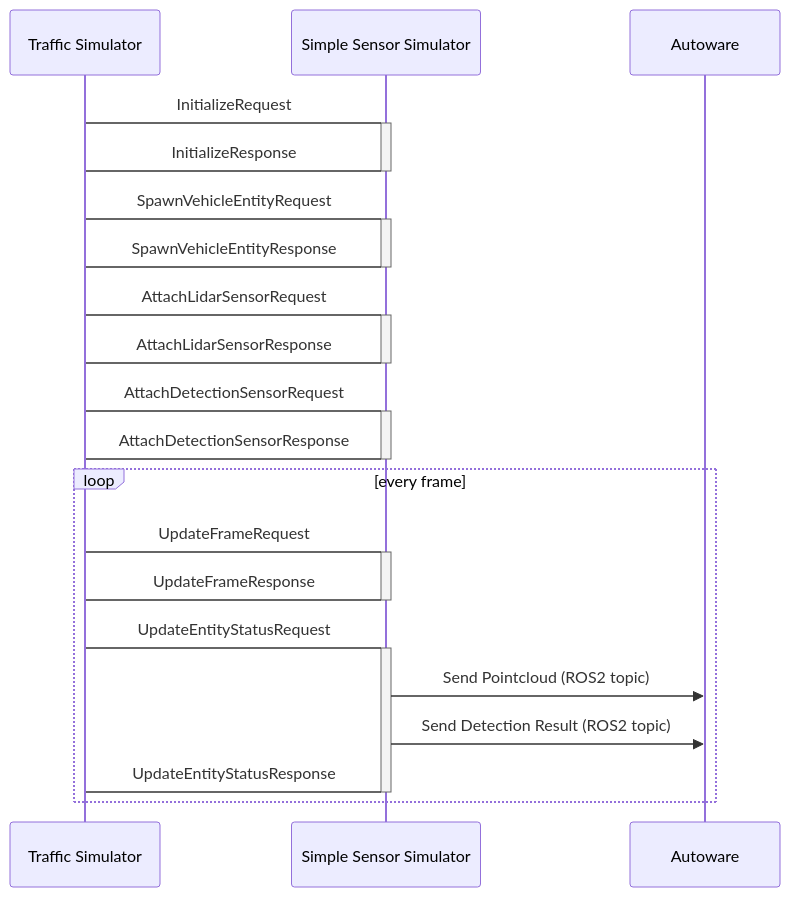
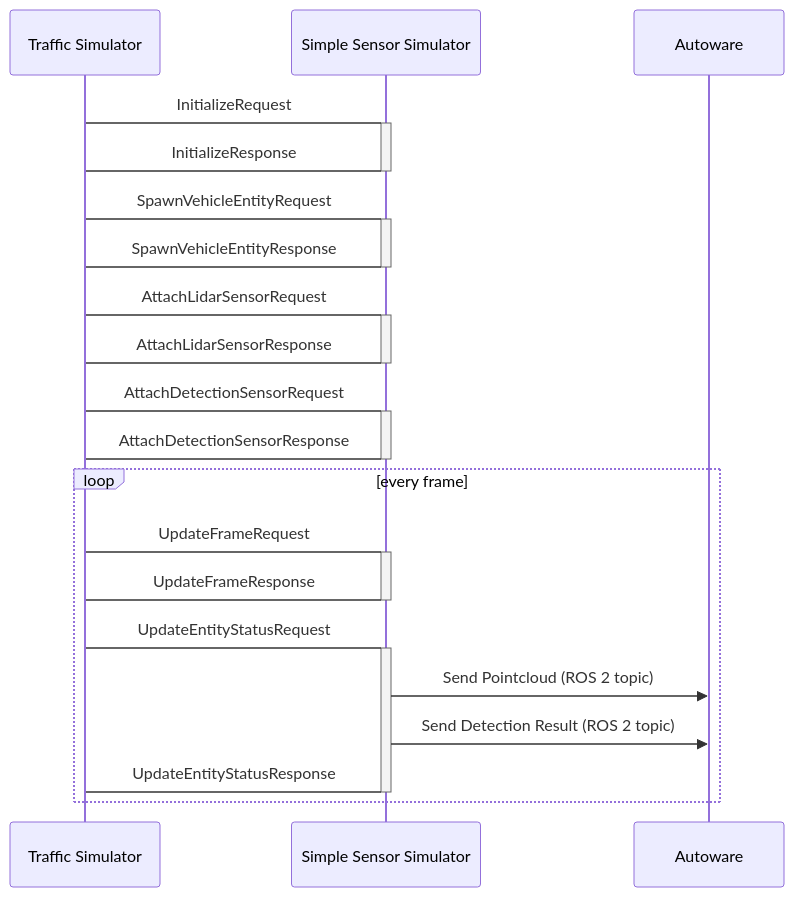
Before and after one commit to tier4/scenario_simulator_v2: the diagram in docs/developer_guide/ZeroMQ.md, drawn with Mermaid. The commit also changed 20 other files, not shown here.

````diff
--- a/docs/developer_guide/ZeroMQ.md
+++ b/docs/developer_guide/ZeroMQ.md
@@ -28,22 +28,22 @@
 ```mermaid
 sequenceDiagram
     participant Traffic Simulator
     participant Simple Sensor Simulator
     participant Autoware
     Traffic Simulator ->+ Simple Sensor Simulator : InitializeRequest
     Simple Sensor Simulator ->-Traffic Simulator : InitializeResponse
     Traffic Simulator ->+ Simple Sensor Simulator : SpawnVehicleEntityRequest
     Simple Sensor Simulator ->-Traffic Simulator : SpawnVehicleEntityResponse
     Traffic Simulator ->+ Simple Sensor Simulator : AttachLidarSensorRequest
     Simple Sensor Simulator ->-Traffic Simulator : AttachLidarSensorResponse
     Traffic Simulator ->+ Simple Sensor Simulator : AttachDetectionSensorRequest
     Simple Sensor Simulator ->-Traffic Simulator : AttachDetectionSensorResponse
     loop every frame
       Traffic Simulator ->+ Simple Sensor Simulator : UpdateFrameRequest
       Simple Sensor Simulator ->-Traffic Simulator : UpdateFrameResponse
       Traffic Simulator ->+ Simple Sensor Simulator : UpdateEntityStatusRequest
-      Simple Sensor Simulator ->> Autoware : Send Pointcloud (ROS2 topic)
-      Simple Sensor Simulator ->> Autoware : Send Detection Result (ROS2 topic)
+      Simple Sensor Simulator ->> Autoware : Send Pointcloud (ROS 2 topic)
+      Simple Sensor Simulator ->> Autoware : Send Detection Result (ROS 2 topic)
       Simple Sensor Simulator ->-Traffic Simulator : UpdateEntityStatusResponse
     end
 ```
````
